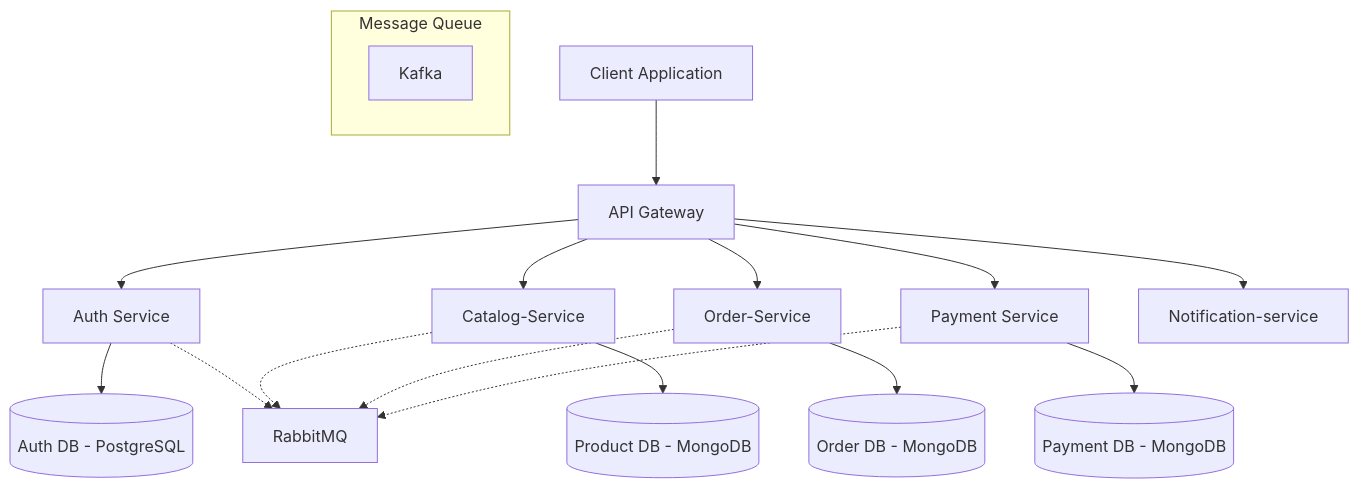
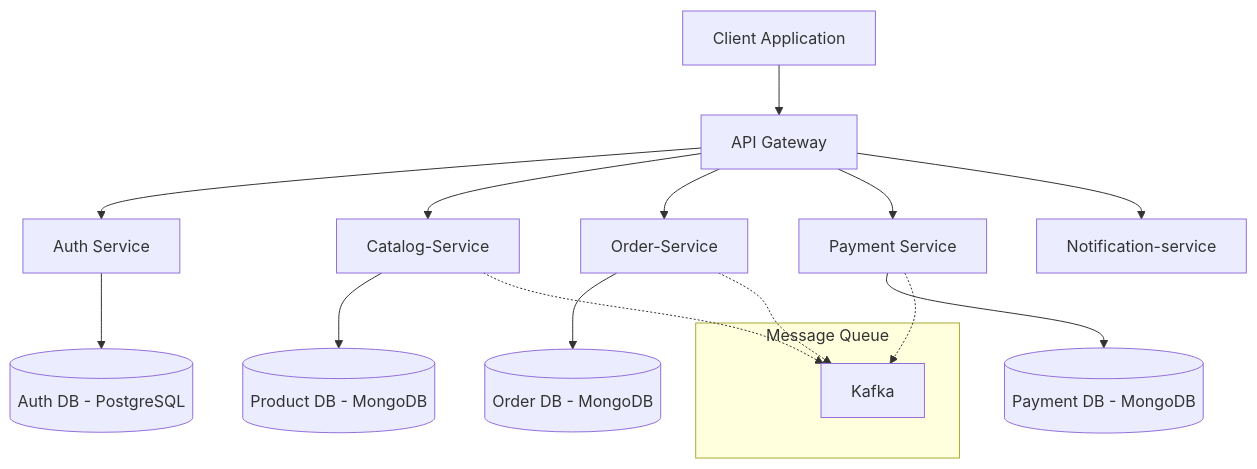
The diagram in README.md (jabinv13/CrunchCab_Microservice), drawn with Mermaid before and after one commit.

````diff
--- a/README.md
+++ b/README.md
@@ -43,23 +43,23 @@
 ```mermaid
 graph TD
     Client[Client Application] --> Gateway[API Gateway]
     Gateway --> Auth[Auth Service]
     Gateway --> Products[Catalog-Service]
     Gateway --> Orders[Order-Service]
     Gateway --> Payments[Payment Service]
     Gateway --> Notification[Notification-service]
     
     Auth --> AuthDB[(Auth DB - PostgreSQL)]
     Products --> ProductDB[(Product DB - MongoDB)]
     Orders --> OrderDB[(Order DB - MongoDB)]
     Payments --> PaymentDB[(Payment DB - MongoDB)]
     
     subgraph Message Queue
         Kafka
     end
     
-    Auth -.-> RabbitMQ
-    Products -.-> RabbitMQ
-    Orders -.-> RabbitMQ
-    Payments -.-> RabbitMQ
+    
+    Products -.-> Kafka
+    Orders -.-> Kafka
+    Payments -.-> Kafka
 ```
````
